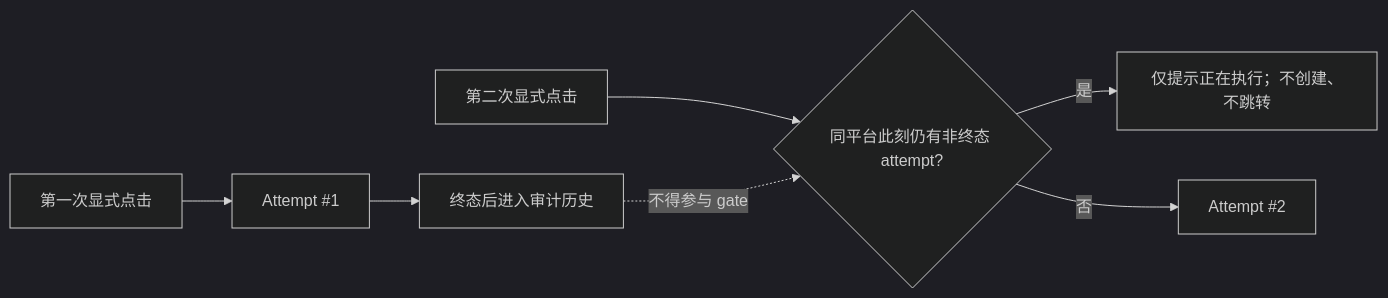
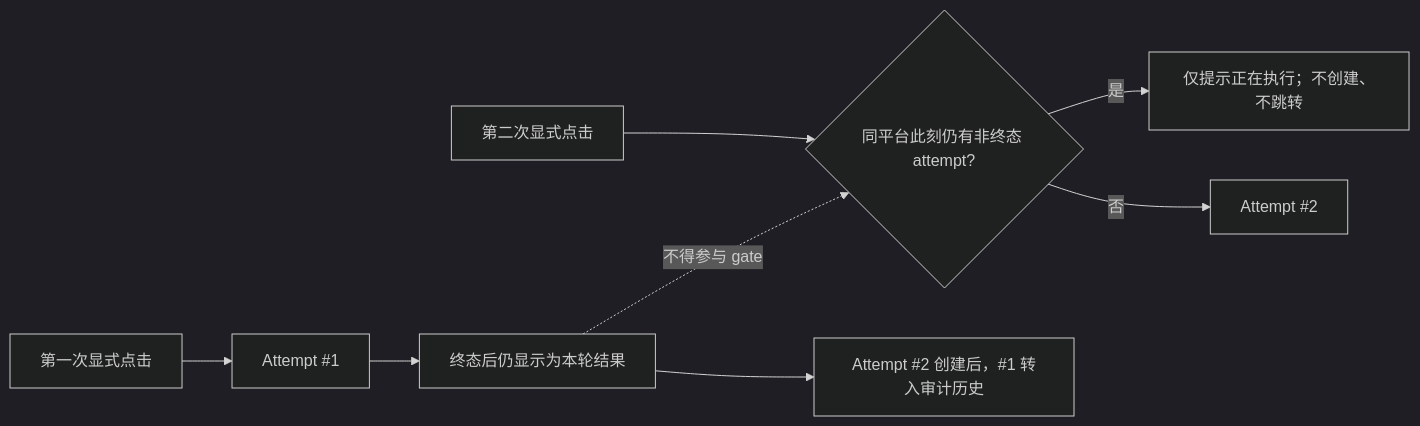
Before and after one commit to Kylebit/tiktok_e_comm: the ninth of 9 diagrams in docs/release_v2/ARCHITECTURE.md, drawn with Mermaid (dark theme). The commit also changed other lines of this file and 8 other files, not shown here.

````diff
--- a/docs/release_v2/ARCHITECTURE.md
+++ b/docs/release_v2/ARCHITECTURE.md
@@ -353,8 +353,9 @@
 ```mermaid
 flowchart LR
-    Click1["第一次显式点击"] --> A1["Attempt #1"] --> H1["终态后进入审计历史"]
+    Click1["第一次显式点击"] --> A1["Attempt #1"] --> C1["终态后仍显示为本轮结果"]
     Click2["第二次显式点击"] --> Gate{"同平台此刻仍有非终态 attempt?"}
     Gate -- "是" --> Prompt["仅提示正在执行；不创建、不跳转"]
     Gate -- "否" --> A2["Attempt #2"]
-    H1 -. "不得参与 gate" .-> Gate
+    C1 --> H1["Attempt #2 创建后，#1 转入审计历史"]
+    C1 -. "不得参与 gate" .-> Gate
 ```
````
